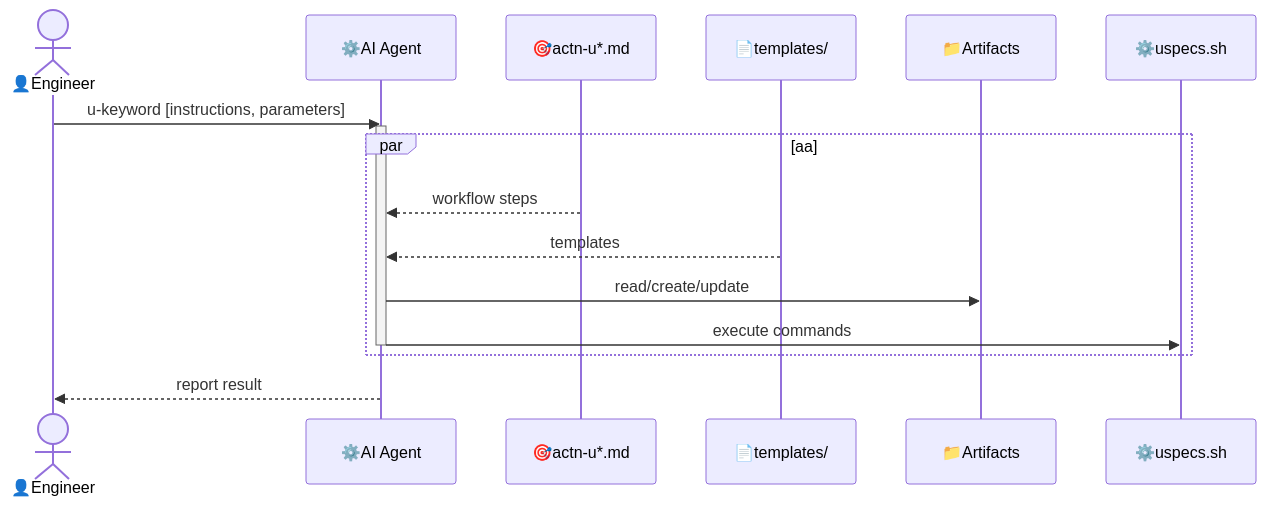
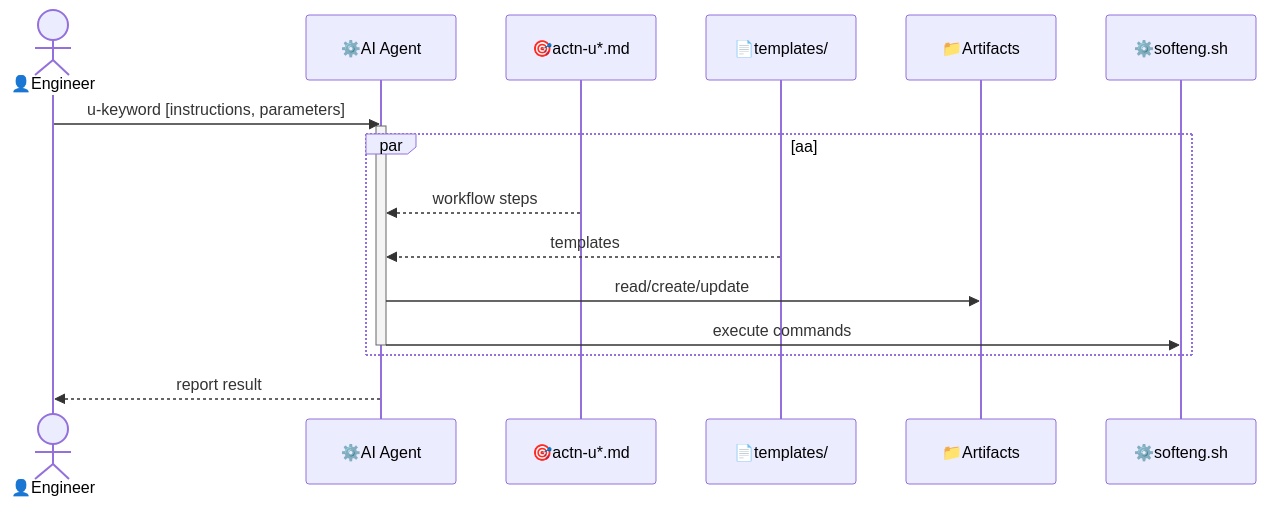
Before and after one commit to untillpro/uspecs: the diagram in uspecs/specs/prod/softeng/arch.md, drawn with Mermaid. The commit also changed other lines of this file and 13 other files, not shown here.

````diff
--- a/uspecs/specs/prod/softeng/arch.md
+++ b/uspecs/specs/prod/softeng/arch.md
@@ -13,20 +13,20 @@
 ```mermaid
 sequenceDiagram
     actor engineer as 👤Engineer
     participant ai_agent as ⚙️AI Agent
     participant actn as 🎯actn-u*.md
     participant templates as 📄templates/
     participant artifacts as 📁Artifacts
-    participant uspecs as ⚙️uspecs.sh
+    participant softeng as ⚙️softeng.sh
 
     engineer->>ai_agent: u-keyword [instructions, parameters]
     activate ai_agent
     par aa
       actn -->> ai_agent: workflow steps
       templates-->>ai_agent: templates
       ai_agent->>artifacts: read/create/update
-      ai_agent ->> uspecs: execute commands
+      ai_agent ->> softeng: execute commands
       deactivate ai_agent
     end
     ai_agent-->>engineer: report result
 ```
````
